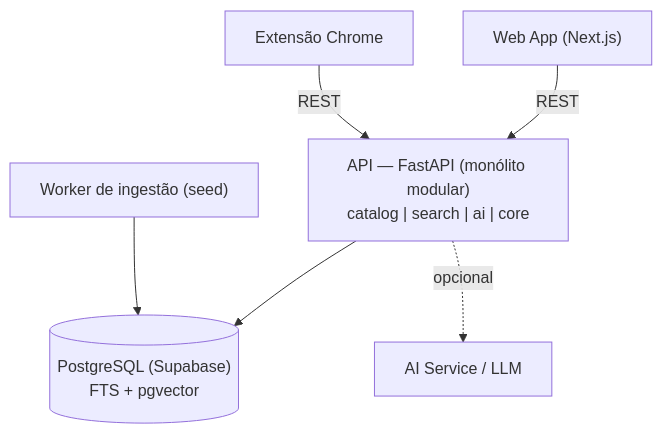
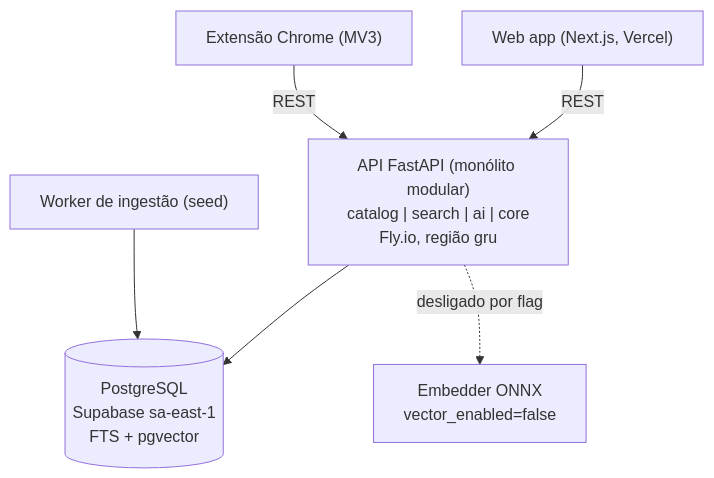
One commit to Erick-wilding675/ProductSearcher changed the diagram in docs/architecture.md. Above: the diagram before and after it, drawn with Mermaid. The commit also changed other lines of this file and 33 other files, not shown here.

````diff
--- a/docs/architecture.md
+++ b/docs/architecture.md
@@ -7,8 +11,8 @@
 ```mermaid
 flowchart TD
-  WA["Web App (Next.js)"] -->|REST| API
-  EXT["Extensão Chrome"] -->|REST| API
-  API["API — FastAPI (monólito modular)<br/>catalog | search | ai | core"] --> DB[("PostgreSQL (Supabase)<br/>FTS + pgvector")]
+  WA["Web app (Next.js, Vercel)"] -->|REST| API
+  EXT["Extensão Chrome (MV3)"] -->|REST| API
+  API["API FastAPI (monólito modular)<br/>catalog | search | ai | core<br/>Fly.io, região gru"] --> DB[("PostgreSQL<br/>Supabase sa-east-1<br/>FTS + pgvector")]
   WK["Worker de ingestão (seed)"] --> DB
-  API -. opcional .-> LLM["AI Service / LLM"]
+  API -. desligado por flag .-> VEC["Embedder ONNX<br/>vector_enabled=false"]
 ```
````
